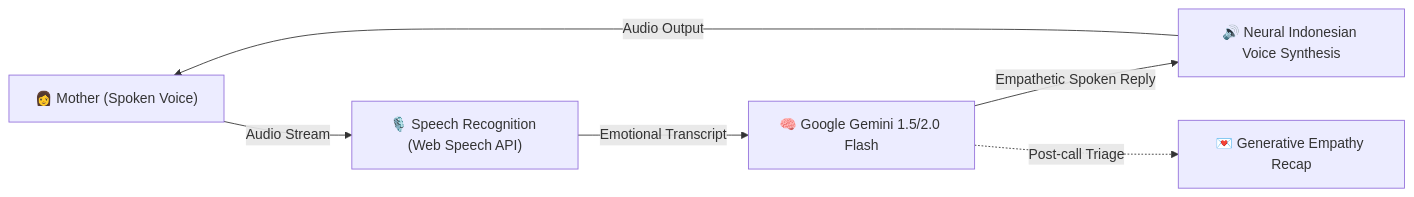
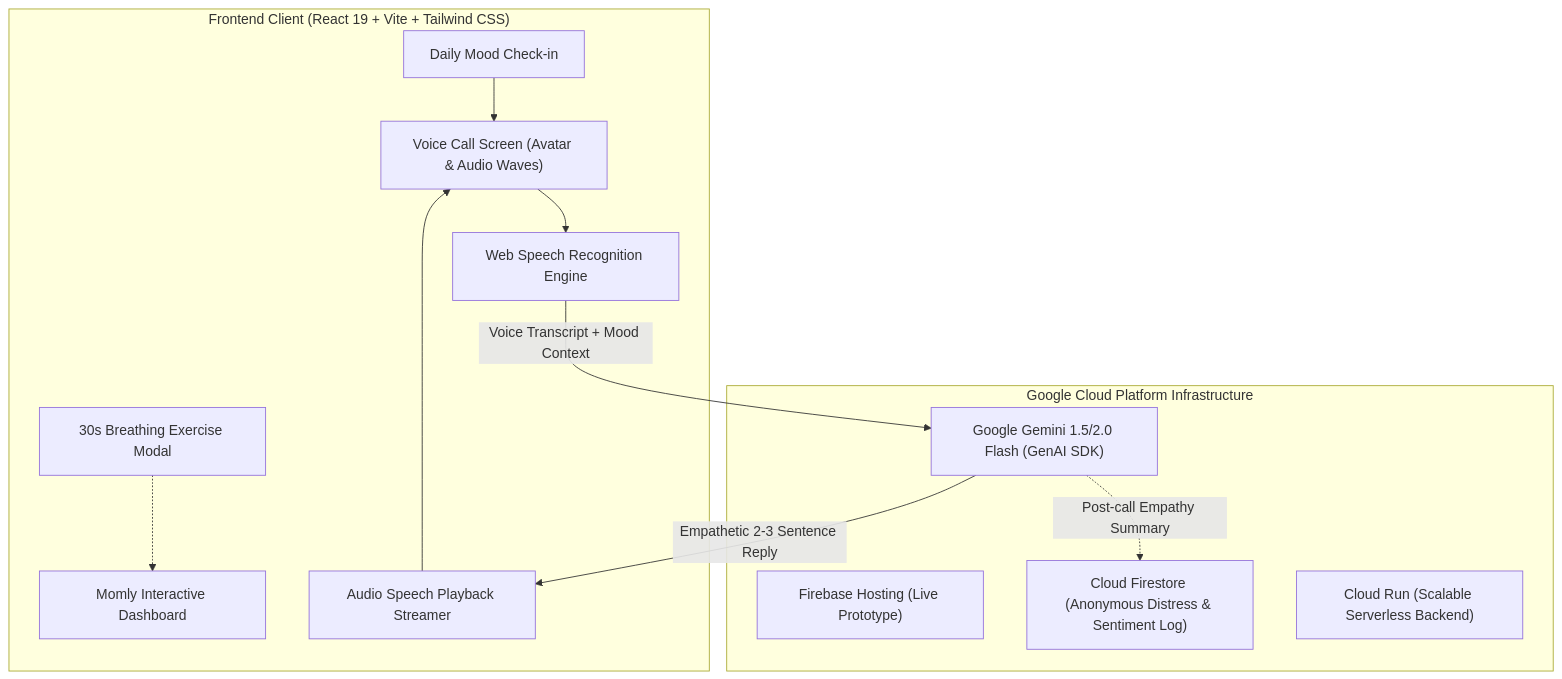
One commit to ginasabrinaasharie-ctrl/momly-ai changed the diagram in README.md. Above: the diagram before and after it, drawn with Mermaid. The commit also changed other lines of this file and 29 other files, not shown here.

Commit message:
feat: enhance Momly AI voice companion with emotional grounding, multi-language support, avatar expressions, and onboarding flow

````diff
--- a/README.md
+++ b/README.md
@@ -37,8 +38,26 @@
 ```mermaid
-flowchart LR
-    A["👩 Mother (Spoken Voice)"] -->|Audio Stream| B["🎙️ Speech Recognition (Web Speech API)"]
-    B -->|Emotional Transcript| C["🧠 Google Gemini 1.5/2.0 Flash"]
-    C -->|Empathetic Spoken Reply| D["🔊 Neural Indonesian Voice Synthesis"]
-    D -->|Audio Output| A
-    C -.->|Post-call Triage| E["💌 Generative Empathy Recap"]
+flowchart TD
+    subgraph Client["Frontend Client (React 19 + Vite + Tailwind CSS)"]
+        UI_Home["Momly Interactive Dashboard"]
+        Mood["Daily Mood Check-in"]
+        Breath["30s Breathing Exercise Modal"]
+        UI_Call["Voice Call Screen (Avatar & Audio Waves)"]
+        STT["Web Speech Recognition Engine"]
+        TTS["Audio Speech Playback Streamer"]
+    end
+
+    subgraph GCP["Google Cloud Platform Infrastructure"]
+        Gemini_Flash["Google Gemini 1.5/2.0 Flash (GenAI SDK)"]
+        Firebase_Hosting["Firebase Hosting (Live Prototype)"]
+        Firestore["Cloud Firestore (Anonymous Distress & Sentiment Log)"]
+        Cloud_Run["Cloud Run (Scalable Serverless Backend)"]
+    end
+
+    Mood --> UI_Call
+    UI_Call --> STT
+    STT -->|Voice Transcript + Mood Context| Gemini_Flash
+    Gemini_Flash -->|Empathetic 2-3 Sentence Reply| TTS
+    TTS --> UI_Call
+    Gemini_Flash -.->|Post-call Empathy Summary| Firestore
+    Breath -.-> UI_Home
 ```
````
